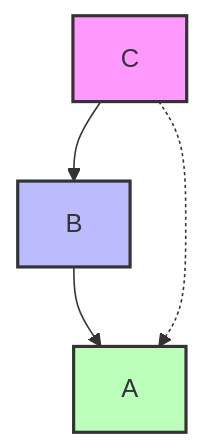
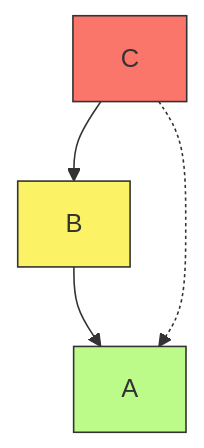
One commit to Chaklader/part-of-speech-tagging changed the eighth of 23 diagrams in C_2.md. Above: the diagram before and after it, drawn with Mermaid. The commit also changed other lines of this file, not shown here.

````diff
--- a/C_2.md
+++ b/C_2.md
@@ -497,10 +511,11 @@
 ```mermaid
 graph TD
     C --> B
     B --> A
     C -.-> A
 
-    style C fill:#f9f,stroke:#333,stroke-width:2px
-    style B fill:#bbf,stroke:#333,stroke-width:2px
-    style A fill:#bfb,stroke:#333,stroke-width:2px
+style A fill:#BCFB89,stroke:#333,stroke-width:1px
+  style B fill:#FBF266,stroke:#333,stroke-width:1px
+  style C fill:#FA756A,stroke:#333,stroke-width:1px
+
 ```
````
